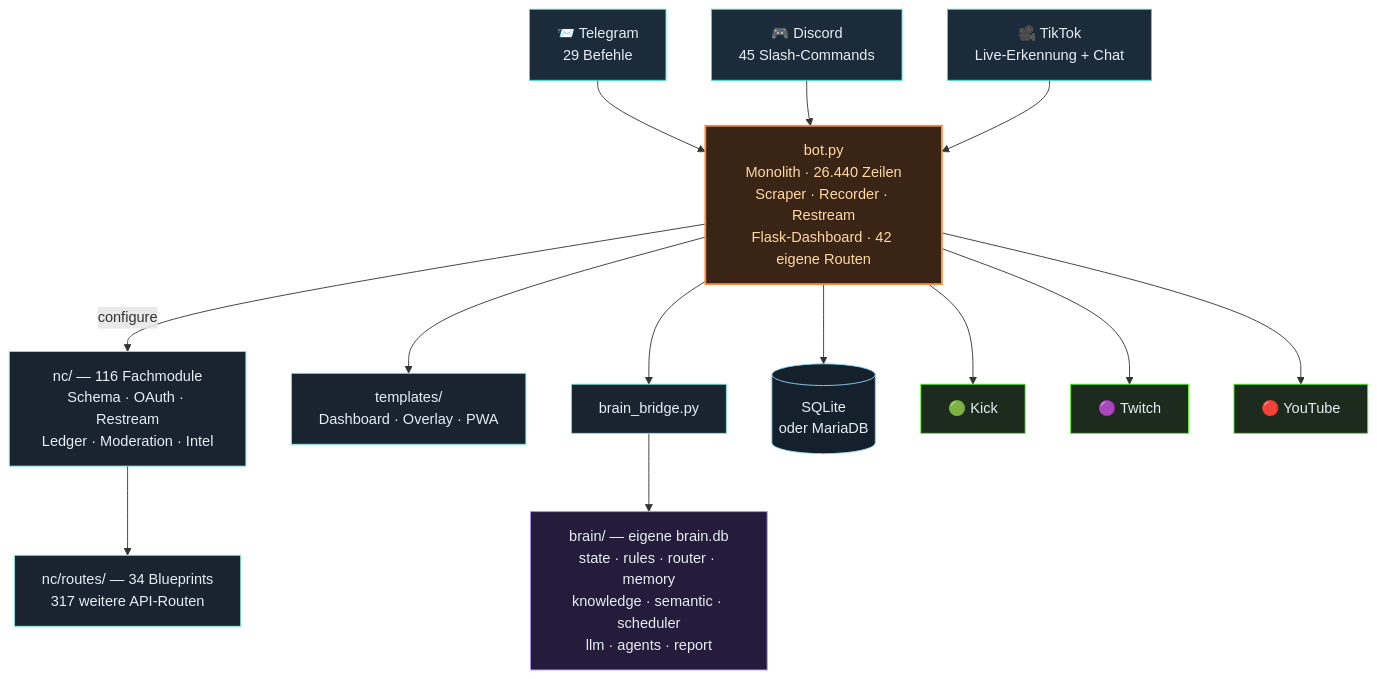
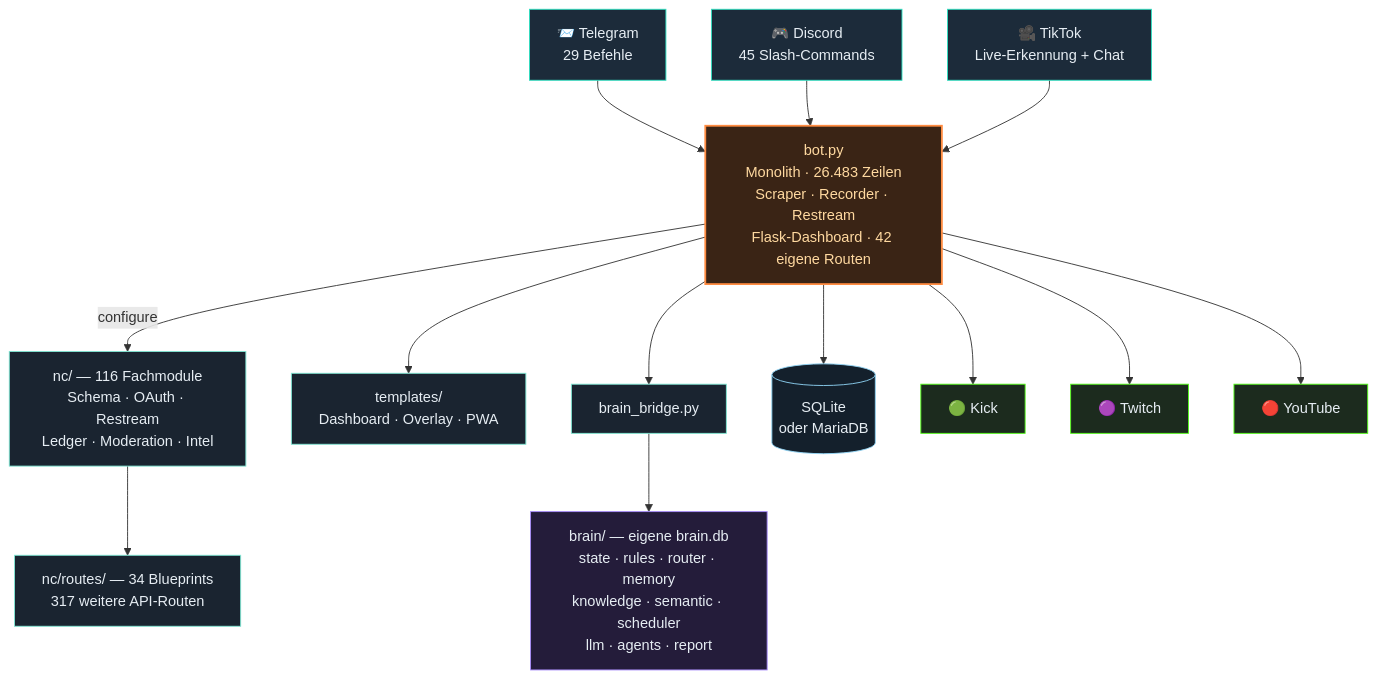
The third of 4 diagrams in README.md (itsamemedev/Telegram-Stream-Info-Bot), drawn with Mermaid before and after one commit. The commit also changed other lines of this file and 7 other files, not shown here.

````diff
--- a/README.md
+++ b/README.md
@@ -189,30 +189,30 @@
 ```mermaid
 flowchart TB
     TG["📨 Telegram<br/>29 Befehle"]:::ein
     DC["🎮 Discord<br/>45 Slash-Commands"]:::ein
     TT["🎥 TikTok<br/>Live-Erkennung + Chat"]:::ein
 
     TG --> BOT
     DC --> BOT
     TT --> BOT
 
-    BOT["bot.py<br/>Monolith · 26.440 Zeilen<br/>Scraper · Recorder · Restream<br/>Flask-Dashboard · 42 eigene Routen"]:::core
+    BOT["bot.py<br/>Monolith · 26.483 Zeilen<br/>Scraper · Recorder · Restream<br/>Flask-Dashboard · 42 eigene Routen"]:::core
 
     BOT -->|configure| NC["nc/ — 116 Fachmodule<br/>Schema · OAuth · Restream<br/>Ledger · Moderation · Intel"]:::lib
     NC --> RT["nc/routes/ — 34 Blueprints<br/>317 weitere API-Routen"]:::lib
     BOT --> TPL["templates/<br/>Dashboard · Overlay · PWA"]:::lib
     BOT --> BR["brain_bridge.py"]:::lib
     BR --> BRAIN["brain/ — eigene brain.db<br/>state · rules · router · memory<br/>knowledge · semantic · scheduler<br/>llm · agents · report"]:::brain
     BOT --> DB[("SQLite<br/>oder MariaDB")]:::db
 
     BOT --> KICK["🟢 Kick"]:::out
     BOT --> TW["🟣 Twitch"]:::out
     BOT --> YT["🔴 YouTube"]:::out
 
     classDef ein fill:#1c2b3a,stroke:#2de1c2,color:#e6edf3
     classDef core fill:#3a2415,stroke:#ff8c42,stroke-width:2px,color:#ffd9a0
     classDef lib fill:#1a2430,stroke:#7fe7d4,color:#e6edf3
     classDef brain fill:#241c3a,stroke:#a78bfa,color:#e6edf3
     classDef db fill:#14202c,stroke:#8fd3f4,color:#e6edf3
     classDef out fill:#1c2b1e,stroke:#53fc18,color:#e6edf3
 ```
````
